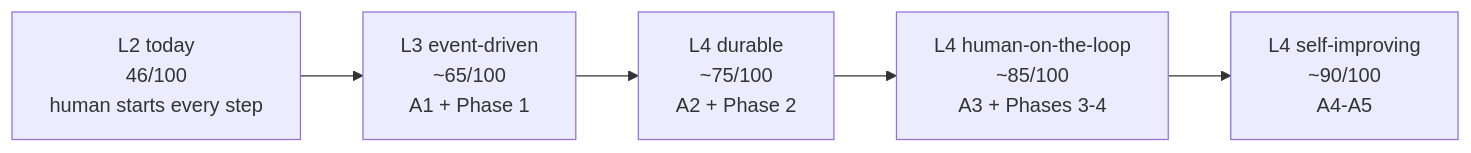
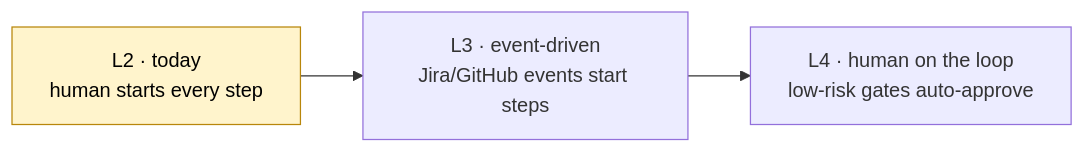
Before and after one commit to HasithaErandika/aura: the third of 3 diagrams in docs/plans/aura-git-control-plane.md, drawn with Mermaid. The commit also changed other lines of this file and 19 other files, not shown here.

````diff
--- a/docs/plans/aura-git-control-plane.md
+++ b/docs/plans/aura-git-control-plane.md
@@ -267,7 +105,6 @@
 ```mermaid
 flowchart LR
-    L2["L2 today<br/>46/100<br/>human starts every step"] --> L3["L3 event-driven<br/>~65/100<br/>A1 + Phase 1"]
-    L3 --> L4a["L4 durable<br/>~75/100<br/>A2 + Phase 2"]
-    L4a --> L4b["L4 human-on-the-loop<br/>~85/100<br/>A3 + Phases 3-4"]
-    L4b --> L4c["L4 self-improving<br/>~90/100<br/>A4-A5"]
+    L2["L2 · today<br/>human starts every step"]:::now --> L3["L3 · event-driven<br/>Jira/GitHub events start steps"]
+    L3 --> L4["L4 · human on the loop<br/>low-risk gates auto-approve"]
+    classDef now fill:#fff4cc,stroke:#b8860b,color:#000
 ```
````
